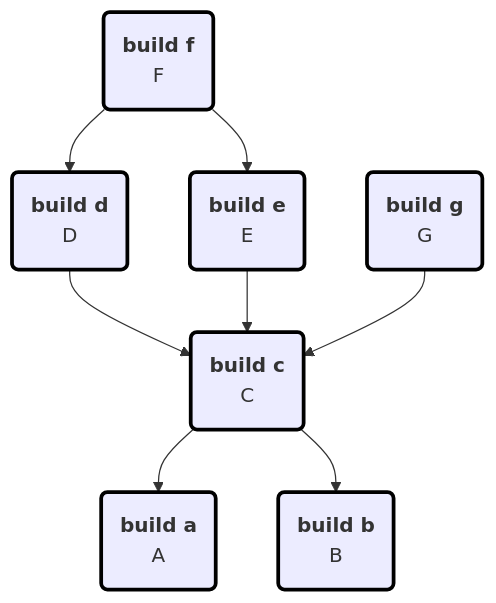
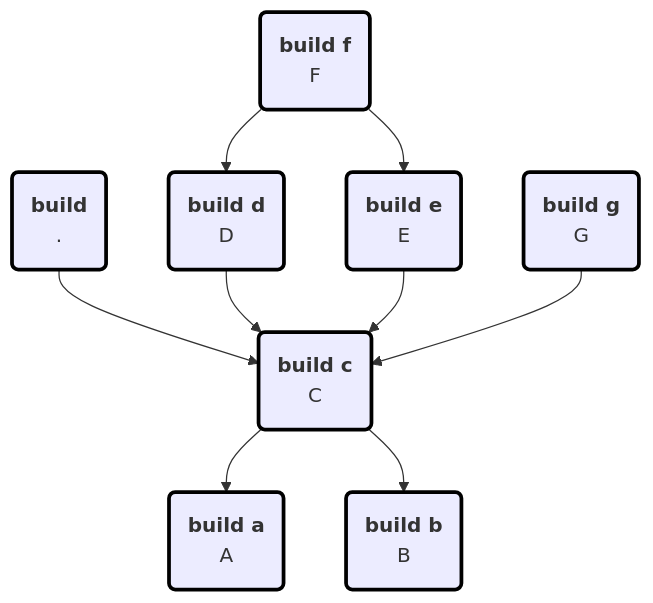
Before and after one commit to MagnusOpera/terrabuild: the diagram in tests/cluster-layers/results/terrabuild-debug.info.md, drawn with Mermaid. The commit also changed 20 other files, not shown here.

````diff
--- a/tests/cluster-layers/results/terrabuild-debug.info.md
+++ b/tests/cluster-layers/results/terrabuild-debug.info.md
@@ -14,34 +14,38 @@
 ```mermaid
 flowchart TD
 classDef build stroke:red,stroke-width:3px
 classDef restore stroke:orange,stroke-width:3px
 classDef ignore stroke:black,stroke-width:3px
+4DCEF7C171D3D0820AE9FD0F8C05527BB1C2D7CA1C11F74EF560B4128AC8C047("<b>build</b> 
+.")
 workspace/path#a:build("<b>build a</b> 
 A")
 workspace/path#b:build("<b>build b</b> 
 B")
 workspace/path#c:build("<b>build c</b> 
 C")
 workspace/path#d:build("<b>build d</b> 
 D")
 workspace/path#e:build("<b>build e</b> 
 E")
 workspace/path#f:build("<b>build f</b> 
 F")
 workspace/path#g:build("<b>build g</b> 
 G")
+4DCEF7C171D3D0820AE9FD0F8C05527BB1C2D7CA1C11F74EF560B4128AC8C047 --> workspace/path#c:build
+class 4DCEF7C171D3D0820AE9FD0F8C05527BB1C2D7CA1C11F74EF560B4128AC8C047 ignore
 class workspace/path#a:build ignore
 class workspace/path#b:build ignore
 workspace/path#c:build --> workspace/path#a:build
 workspace/path#c:build --> workspace/path#b:build
 class workspace/path#c:build ignore
 workspace/path#d:build --> workspace/path#c:build
 class workspace/path#d:build ignore
 workspace/path#e:build --> workspace/path#c:build
 class workspace/path#e:build ignore
 workspace/path#f:build --> workspace/path#d:build
 workspace/path#f:build --> workspace/path#e:build
 class workspace/path#f:build ignore
 workspace/path#g:build --> workspace/path#c:build
 class workspace/path#g:build ignore
 ```
````
